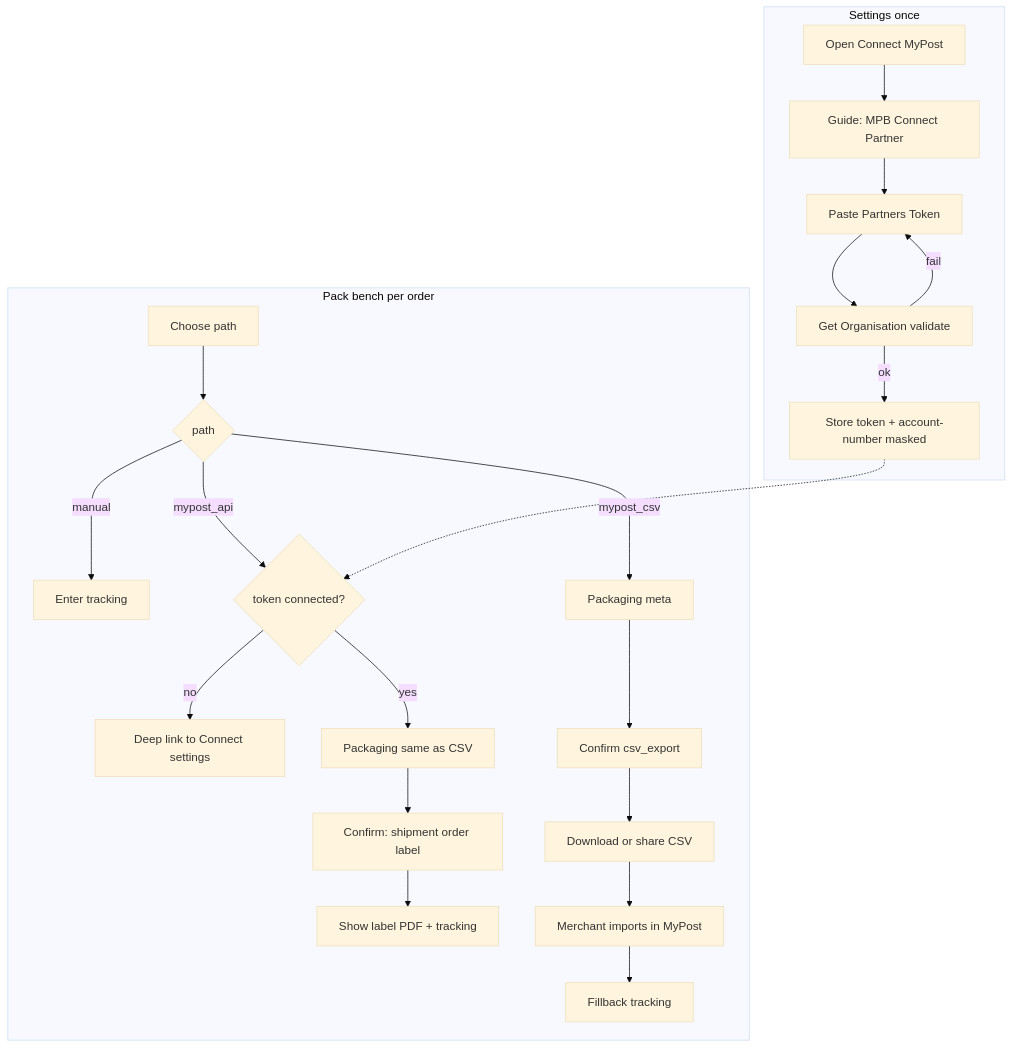
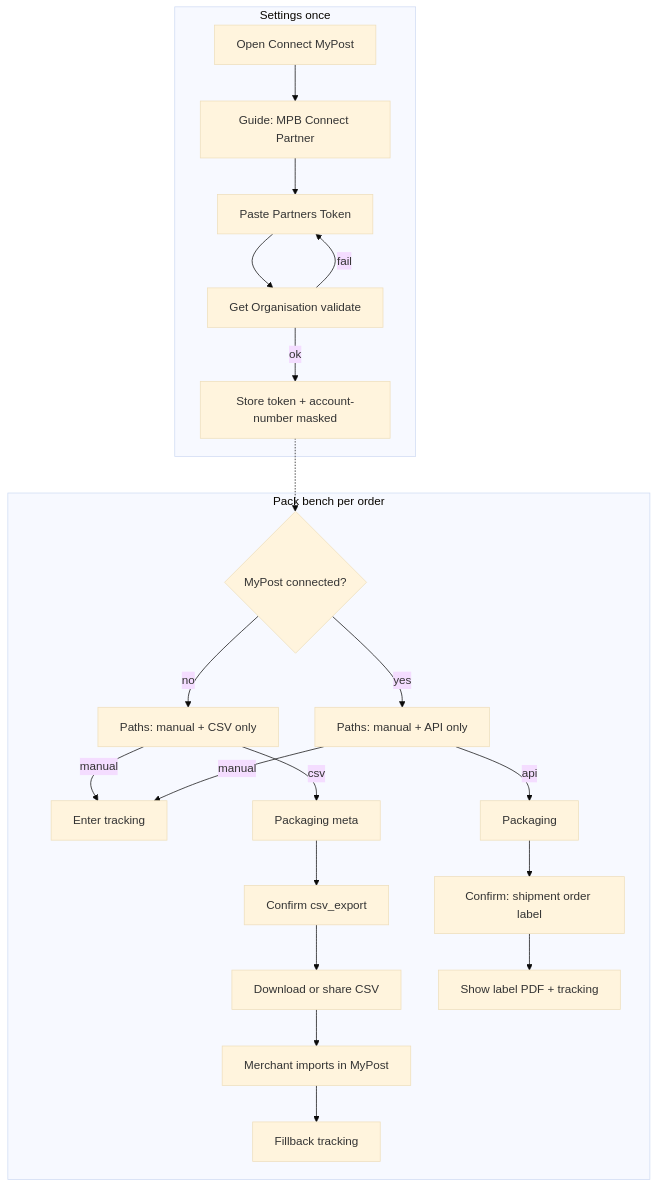
The first of 3 diagrams in plans_planned/csv_mode_retention_0ed474ac.plan.md (lancety/xituan_cursor), drawn with Mermaid (base theme) before and after one commit. The commit also changed other lines of this file and 5 other files, not shown here.

````diff
--- a/plans_planned/csv_mode_retention_0ed474ac.plan.md
+++ b/plans_planned/csv_mode_retention_0ed474ac.plan.md
@@ -102,27 +126,28 @@
 ```mermaid
 flowchart TB
   subgraph connect [Settings once]
     A[Open Connect MyPost] --> B[Guide: MPB Connect Partner]
     B --> C[Paste Partners Token]
     C --> D[Get Organisation validate]
     D -->|ok| E[Store token + account-number masked]
     D -->|fail| C
   end
 
   subgraph pack [Pack bench per order]
-    F[Choose path] --> G{path}
-    G -->|manual| H[Enter tracking]
-    G -->|mypost_api| I{token connected?}
-    I -->|no| J[Deep link to Connect settings]
-    I -->|yes| K[Packaging same as CSV]
-    K --> L[Confirm: shipment order label]
-    L --> M[Show label PDF + tracking]
-    G -->|mypost_csv| N[Packaging meta]
+    F{MyPost connected?}
+    F -->|no| G1[Paths: manual + CSV only]
+    F -->|yes| G2[Paths: manual + API only]
+    G1 -->|manual| H[Enter tracking]
+    G1 -->|csv| N[Packaging meta]
     N --> O[Confirm csv_export]
     O --> P[Download or share CSV]
     P --> Q[Merchant imports in MyPost]
     Q --> R[Fillback tracking]
+    G2 -->|manual| H
+    G2 -->|api| K[Packaging]
+    K --> L[Confirm: shipment order label]
+    L --> M[Show label PDF + tracking]
   end
 
-  E -.-> I
+  E -.-> F
 ```
````
